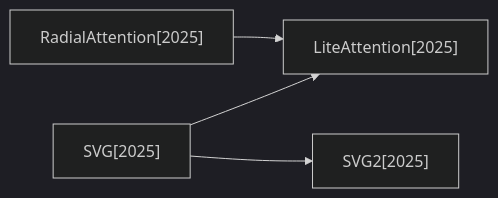
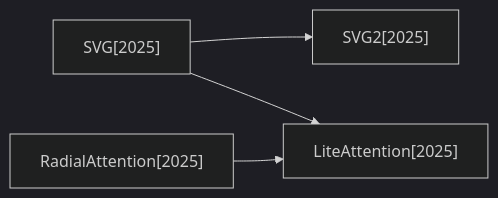
One commit to hustzxd/EfficientPaper changed the second of 5 diagrams in docs/baseline_methods_graph.md. Above: the diagram before and after it, drawn with Mermaid (dark theme). The commit also changed other lines of this file and 3 other files, not shown here.

````diff
--- a/docs/baseline_methods_graph.md
+++ b/docs/baseline_methods_graph.md
@@ -29,10 +29,10 @@
 ```mermaid
 flowchart LR
+    2025_SVG["SVG[2025]"]
     2025_SVG2["SVG2[2025]"]
+    2025_LiteAttention["LiteAttention[2025]"]
     2025_RadialAttention["RadialAttention[2025]"]
-    2025_SVG["SVG[2025]"]
-    2025_LiteAttention["LiteAttention[2025]"]
-    2025_RadialAttention --> 2025_LiteAttention
     2025_SVG --> 2025_SVG2
     2025_SVG --> 2025_LiteAttention
+    2025_RadialAttention --> 2025_LiteAttention
 ```
````
